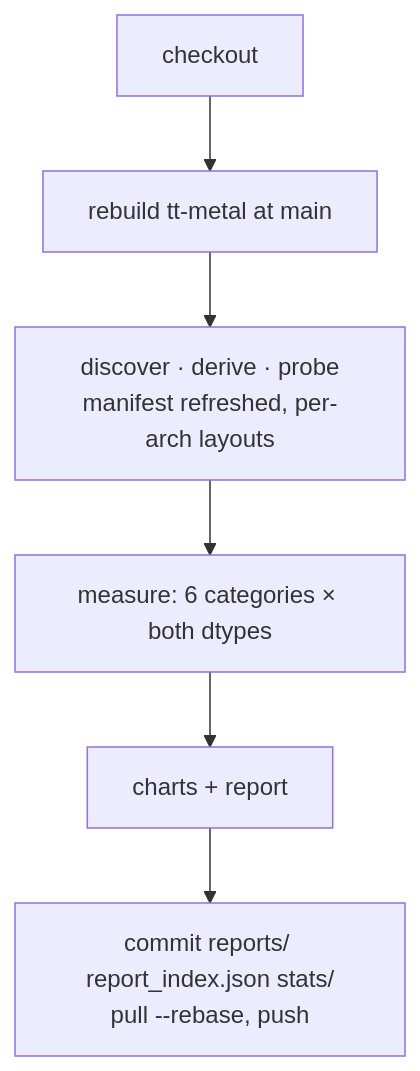
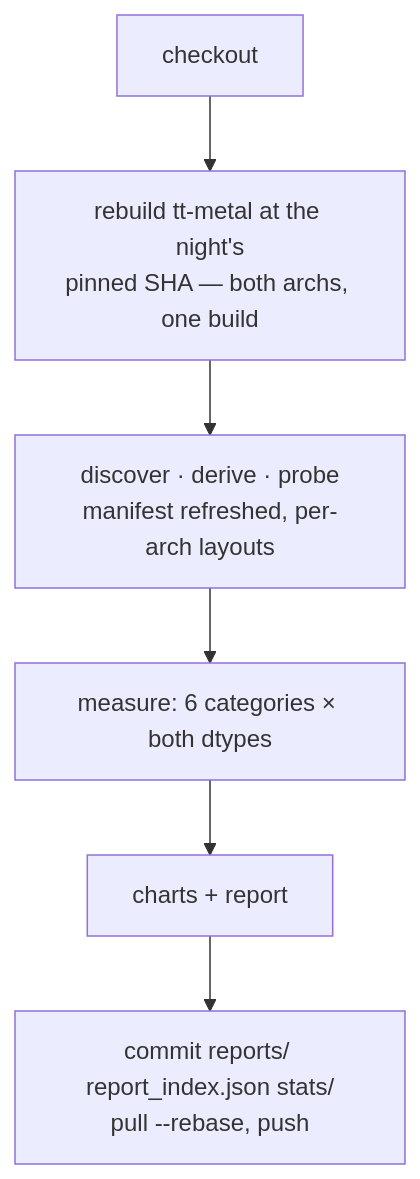
The second of 3 diagrams in .github/workflows/README.md (tenstorrent/tt-eltwise-accuracy-report), drawn with Mermaid before and after one commit. The commit also changed other lines of this file and 1 other file, not shown here.

Commit message:
ci: pin one tt-metal SHA per night so both architectures measure the same build

````diff
--- a/.github/workflows/README.md
+++ b/.github/workflows/README.md
@@ -20,8 +20,8 @@
 ```mermaid
 flowchart TD
-    A["checkout"] --> B["rebuild tt-metal at main"]
+    A["checkout"] --> B["rebuild tt-metal at the night's<br/>pinned SHA — both archs, one build"]
     B --> C["discover · derive · probe<br/>manifest refreshed, per-arch layouts"]
     C --> D["measure: 6 categories × both dtypes"]
     D --> E["charts + report"]
     E --> F["commit reports/ report_index.json stats/<br/>pull --rebase, push"]
 ```
````
